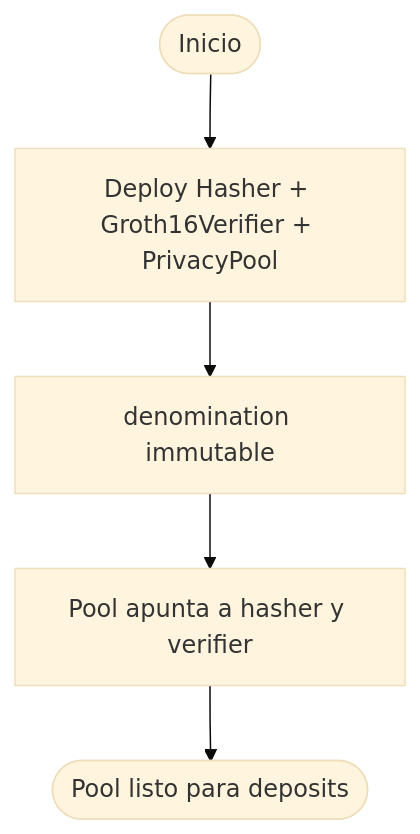
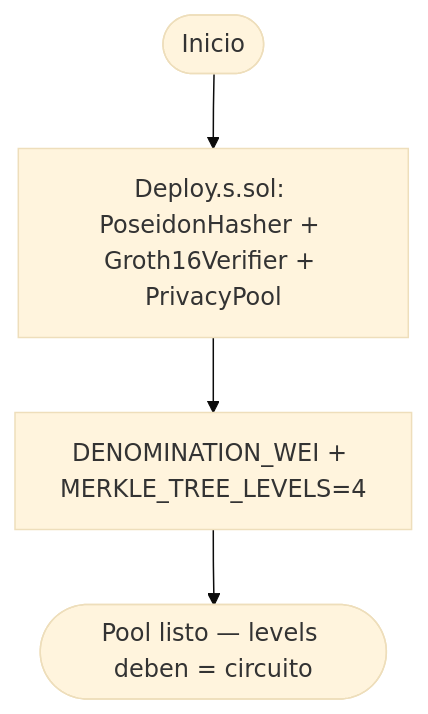
The first of 5 diagrams in doc/flujograma.md (rastrahm/zk-snarks-privacy), drawn with Mermaid (base theme) before and after one commit. The commit also changed other lines of this file and 15 other files, not shown here.

````diff
--- a/doc/flujograma.md
+++ b/doc/flujograma.md
@@ -22,7 +23,6 @@
 ```mermaid
 flowchart TD
-    Start([Inicio]) --> Dep[Deploy Hasher + Groth16Verifier + PrivacyPool]
-    Dep --> Den[denomination immutable]
-    Den --> Link[Pool apunta a hasher y verifier]
-    Link --> Ready([Pool listo para deposits])
+    Start([Inicio]) --> Dep[Deploy.s.sol: PoseidonHasher + Groth16Verifier + PrivacyPool]
+    Dep --> Env[DENOMINATION_WEI + MERKLE_TREE_LEVELS=4]
+    Env --> Ready([Pool listo — levels deben = circuito])
 ```
````
